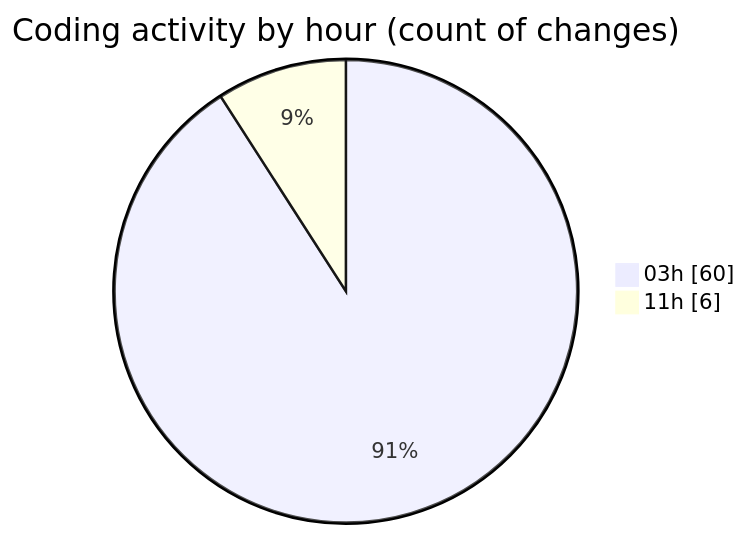
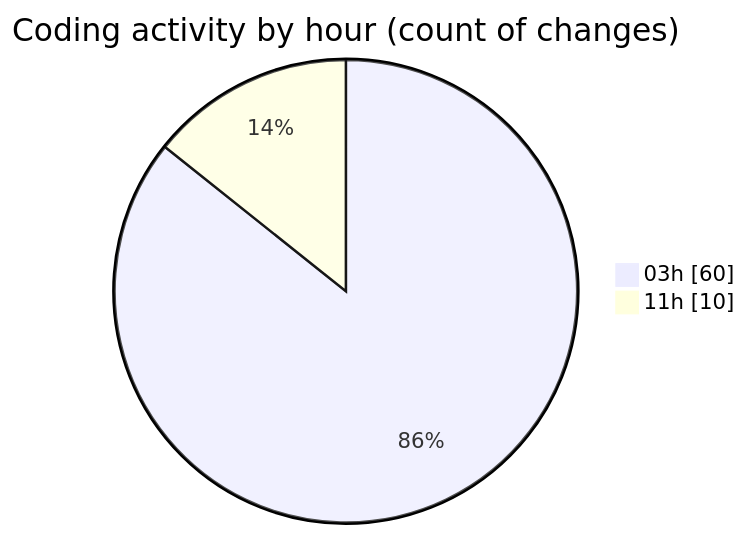
One commit to Ritupan-Deka/code-tracking changed the second of 2 diagrams in 2025-07-02/mern-thinkboard/README.md. Above: the diagram before and after it, drawn with Mermaid. The commit also changed other lines of this file and 1 other file, not shown here.

````diff
--- a/2025-07-02/mern-thinkboard/README.md
+++ b/2025-07-02/mern-thinkboard/README.md
@@ -31,6 +31,6 @@
 ```mermaid
 pie showData
 title Coding activity by hour (count of changes)
 "03h" : 60
-"11h" : 6
+"11h" : 10
 ```
````
